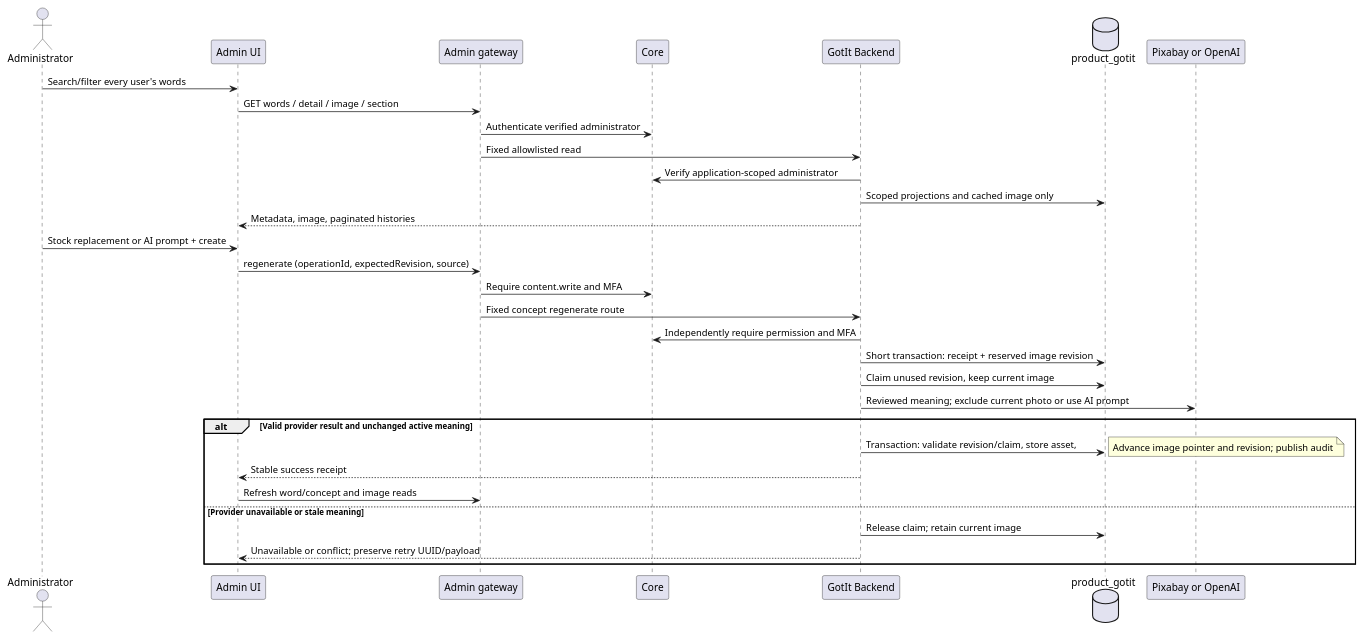
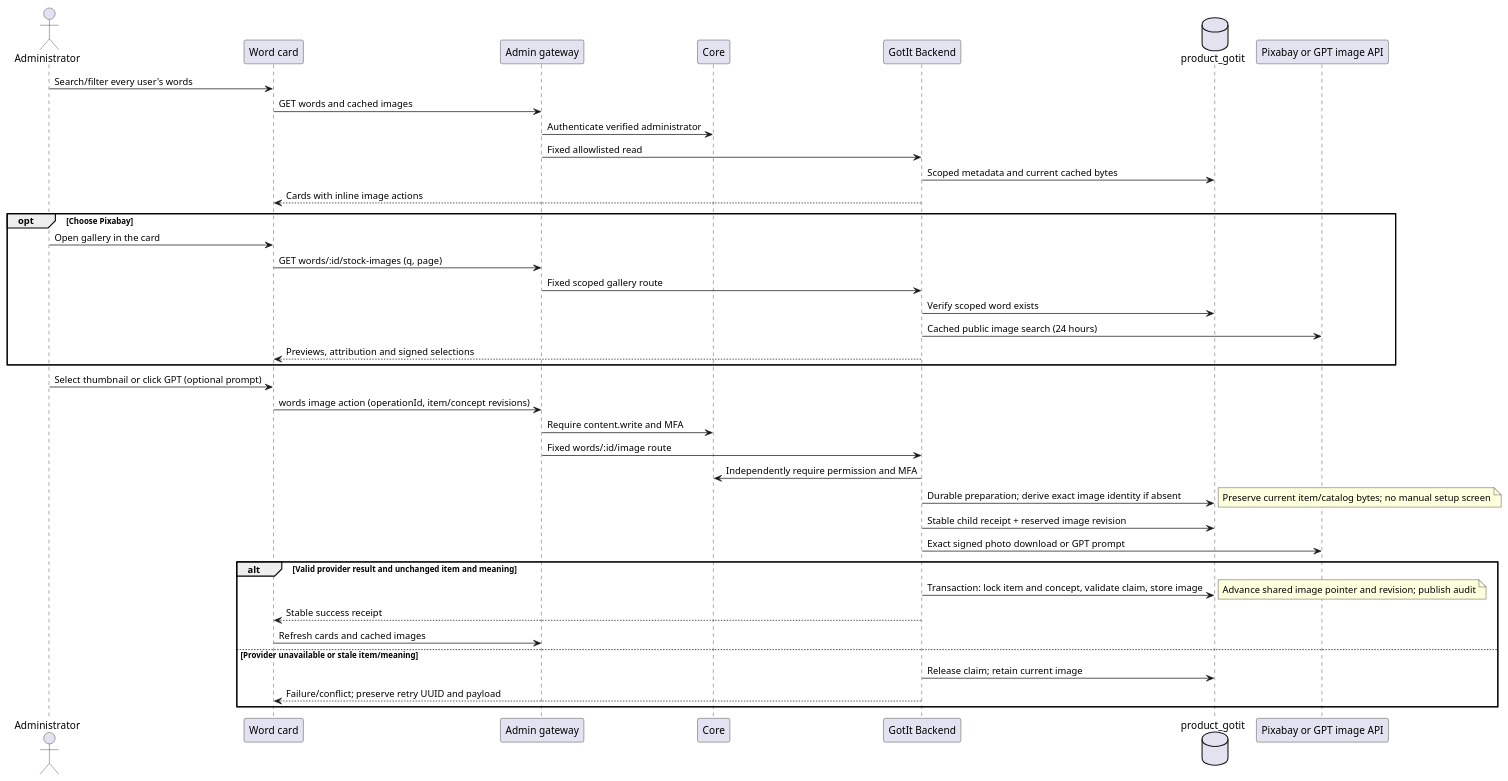
One commit to rbaseapp/gotit-project-spec changed the diagram in uml/seq_admin_words.puml. Above: the diagram before and after it, drawn with PlantUML. The commit also changed 17 other files, not shown here.

Commit message:
Document inline word-image choices, automatic backfill and live rollout

```diff
--- a/uml/seq_admin_words.puml
+++ b/uml/seq_admin_words.puml
@@ -1,33 +1,41 @@
 @startuml
 actor Administrator
-participant "Admin UI" as UI
+participant "Word card" as UI
 participant "Admin gateway" as Gateway
 participant "Core" as Core
 participant "GotIt Backend" as Backend
 database "product_gotit" as DB
-participant "Pixabay or OpenAI" as Provider
+participant "Pixabay or GPT image API" as Provider
 Administrator -> UI: Search/filter every user's words
-UI -> Gateway: GET words / detail / image / section
+UI -> Gateway: GET words and cached images
 Gateway -> Core: Authenticate verified administrator
 Gateway -> Backend: Fixed allowlisted read
-Backend -> Core: Verify application-scoped administrator
-Backend -> DB: Scoped projections and cached image only
-Backend --> UI: Metadata, image, paginated histories
-Administrator -> UI: Stock replacement or AI prompt + create
-UI -> Gateway: regenerate (operationId, expectedRevision, source)
+Backend -> DB: Scoped metadata and current cached bytes
+Backend --> UI: Cards with inline image actions
+opt Choose Pixabay
+  Administrator -> UI: Open gallery in the card
+  UI -> Gateway: GET words/:id/stock-images (q, page)
+  Gateway -> Backend: Fixed scoped gallery route
+  Backend -> DB: Verify scoped word exists
+  Backend -> Provider: Cached public image search (24 hours)
+  Backend --> UI: Previews, attribution and signed selections
+end
+Administrator -> UI: Select thumbnail or click GPT (optional prompt)
+UI -> Gateway: words image action (operationId, item/concept revisions)
 Gateway -> Core: Require content.write and MFA
-Gateway -> Backend: Fixed concept regenerate route
+Gateway -> Backend: Fixed words/:id/image route
 Backend -> Core: Independently require permission and MFA
-Backend -> DB: Short transaction: receipt + reserved image revision
-Backend -> DB: Claim unused revision, keep current image
-Backend -> Provider: Reviewed meaning; exclude current photo or use AI prompt
-alt Valid provider result and unchanged active meaning
-  Backend -> DB: Transaction: validate revision/claim, store asset,
-  note right: Advance image pointer and revision; publish audit
+Backend -> DB: Durable preparation; derive exact image identity if absent
+note right: Preserve current item/catalog bytes; no manual setup screen
+Backend -> DB: Stable child receipt + reserved image revision
+Backend -> Provider: Exact signed photo download or GPT prompt
+alt Valid provider result and unchanged item and meaning
+  Backend -> DB: Transaction: lock item and concept, validate claim, store image
+  note right: Advance shared image pointer and revision; publish audit
   Backend --> UI: Stable success receipt
-  UI -> Gateway: Refresh word/concept and image reads
-else Provider unavailable or stale meaning
+  UI -> Gateway: Refresh cards and cached images
+else Provider unavailable or stale item/meaning
   Backend -> DB: Release claim; retain current image
-  Backend --> UI: Unavailable or conflict; preserve retry UUID/payload
+  Backend --> UI: Failure/conflict; preserve retry UUID and payload
 end
 @enduml
```
